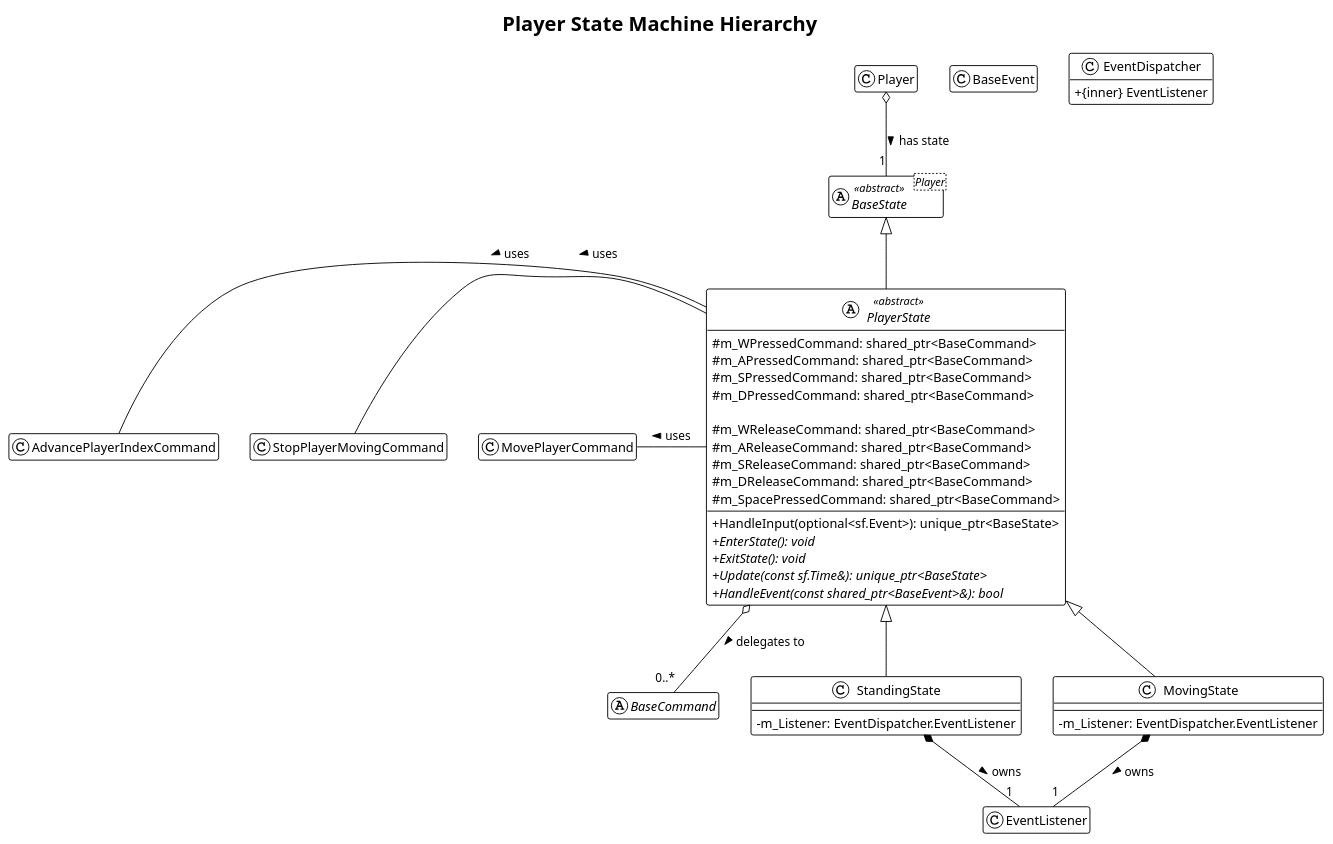
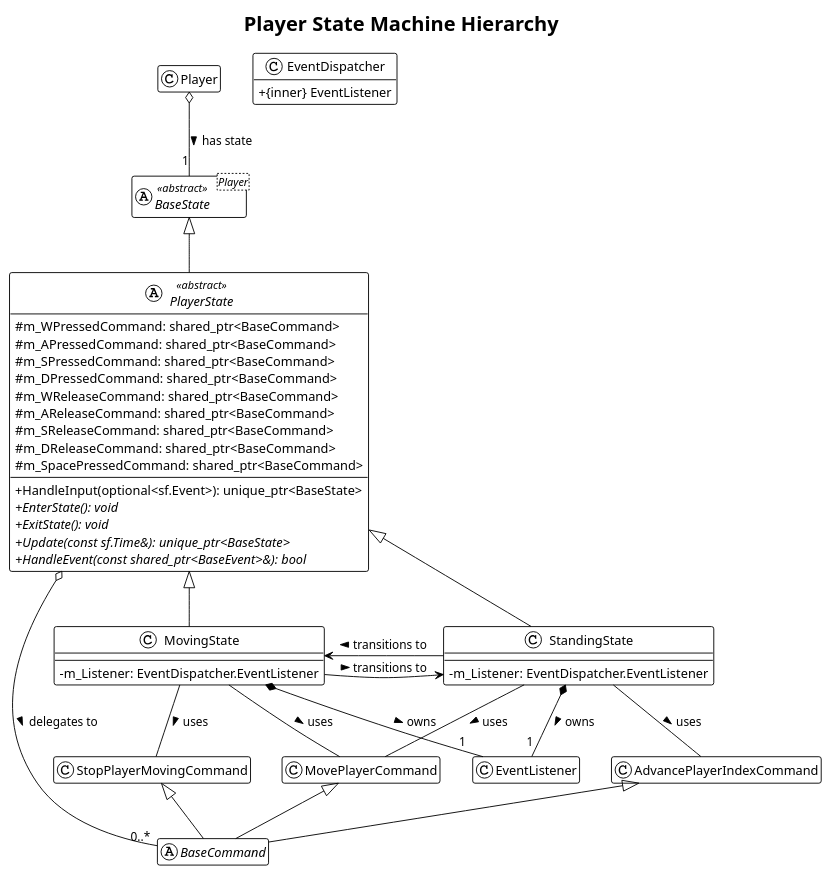
Before and after one commit to NgTHung/ClashOfNotelek_s: the diagram in uml/State/PlayerState.puml, drawn with PlantUML. The commit also changed 21 other files, not shown here.

Commit message:
[Update] final UML

```diff
--- a/uml/State/PlayerState.puml
+++ b/uml/State/PlayerState.puml
@@ -1,76 +1,80 @@
 @startuml
 !theme plain
 title Player State Machine Hierarchy
 
 ' Settings for better readability
 skinparam classAttributeIconSize 0
 hide empty members
 
-class BaseEvent
 class EventDispatcher {
     + {inner} EventListener
 }
 
 abstract class BaseCommand
 
 
 ' --- The Abstract Base State Template ---
 abstract class "BaseState<Player>" as BaseState<Player> <<abstract>>
 
 ' --- The Player State Hierarchy ---
     ' PlayerState is an intermediate abstract class
 abstract class PlayerState <<abstract>>{
     # m_WPressedCommand: shared_ptr<BaseCommand>
     # m_APressedCommand: shared_ptr<BaseCommand>
     # m_SPressedCommand: shared_ptr<BaseCommand>
     # m_DPressedCommand: shared_ptr<BaseCommand>
-
     # m_WReleaseCommand: shared_ptr<BaseCommand>
     # m_AReleaseCommand: shared_ptr<BaseCommand>
     # m_SReleaseCommand: shared_ptr<BaseCommand>
     # m_DReleaseCommand: shared_ptr<BaseCommand>
     # m_SpacePressedCommand: shared_ptr<BaseCommand>
     --
     + HandleInput(optional<sf.Event>): unique_ptr<BaseState>
     + {abstract} EnterState(): void
     + {abstract} ExitState(): void
     + {abstract} Update(const sf.Time&): unique_ptr<BaseState>
     + {abstract} HandleEvent(const shared_ptr<BaseEvent>&): bool
 }
 
 ' StandingState is a concrete state
 class StandingState {
     --
     - m_Listener: EventDispatcher.EventListener
 }
 
 ' MovingState is a concrete state
 class MovingState {
     --
     - m_Listener: EventDispatcher.EventListener
 }
 
 ' --- RELATIONSHIPS ---
 
 ' ==> Inheritance Hierarchy (Is-A)
 BaseState <|-- PlayerState
 PlayerState <|-- StandingState
 PlayerState <|-- MovingState
+AdvancePlayerIndexCommand <|-- BaseCommand
+MovePlayerCommand <|-- BaseCommand
+StopPlayerMovingCommand <|-- BaseCommand
 
 ' ==> Context Relationship (Has-A / Manages)
 ' The Player owns its current state
 Player o-- "1" BaseState : has state >
 ' The state holds a reference back to its context (Player)
 
 ' ==> Command Aggregation (Uses-A)
 ' PlayerState holds references to command objects to execute on input
 PlayerState o-- "0..*" BaseCommand : delegates to >
 
 ' ==> Listener Composition (Owns-A)
 ' The concrete states own an EventListener to react to game events
 StandingState *-- "1" EventListener : owns >
 MovingState *-- "1" EventListener : owns >
-PlayerState -l- MovePlayerCommand : uses >
-PlayerState -l- StopPlayerMovingCommand : uses >
-PlayerState -l- AdvancePlayerIndexCommand : uses >
+MovingState -- MovePlayerCommand : uses >
+MovingState -- StopPlayerMovingCommand : uses >
+StandingState -- MovePlayerCommand : uses >
+StandingState -- AdvancePlayerIndexCommand : uses >
+StandingState -l-> MovingState : transitions to >
+MovingState --> StandingState : transitions to >
 @enduml
```
